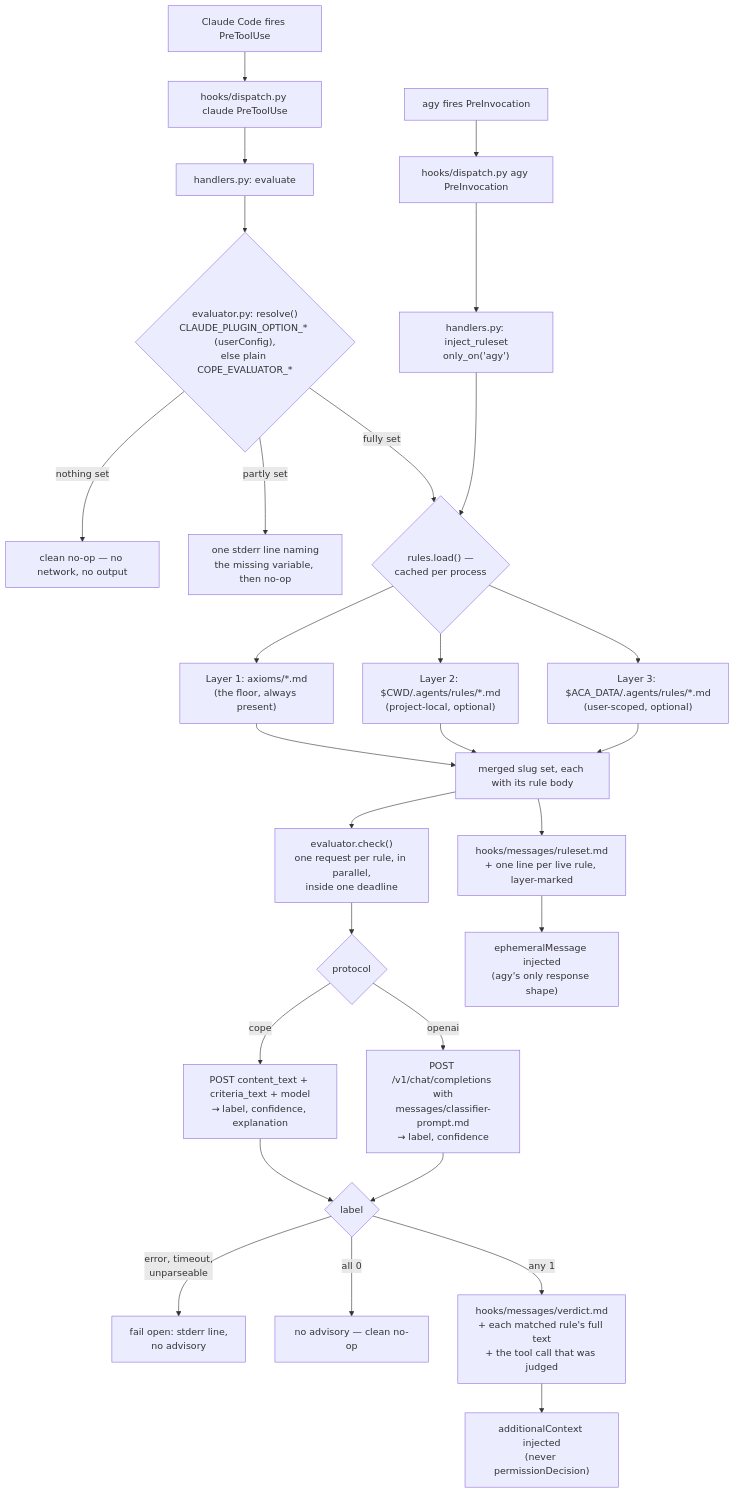
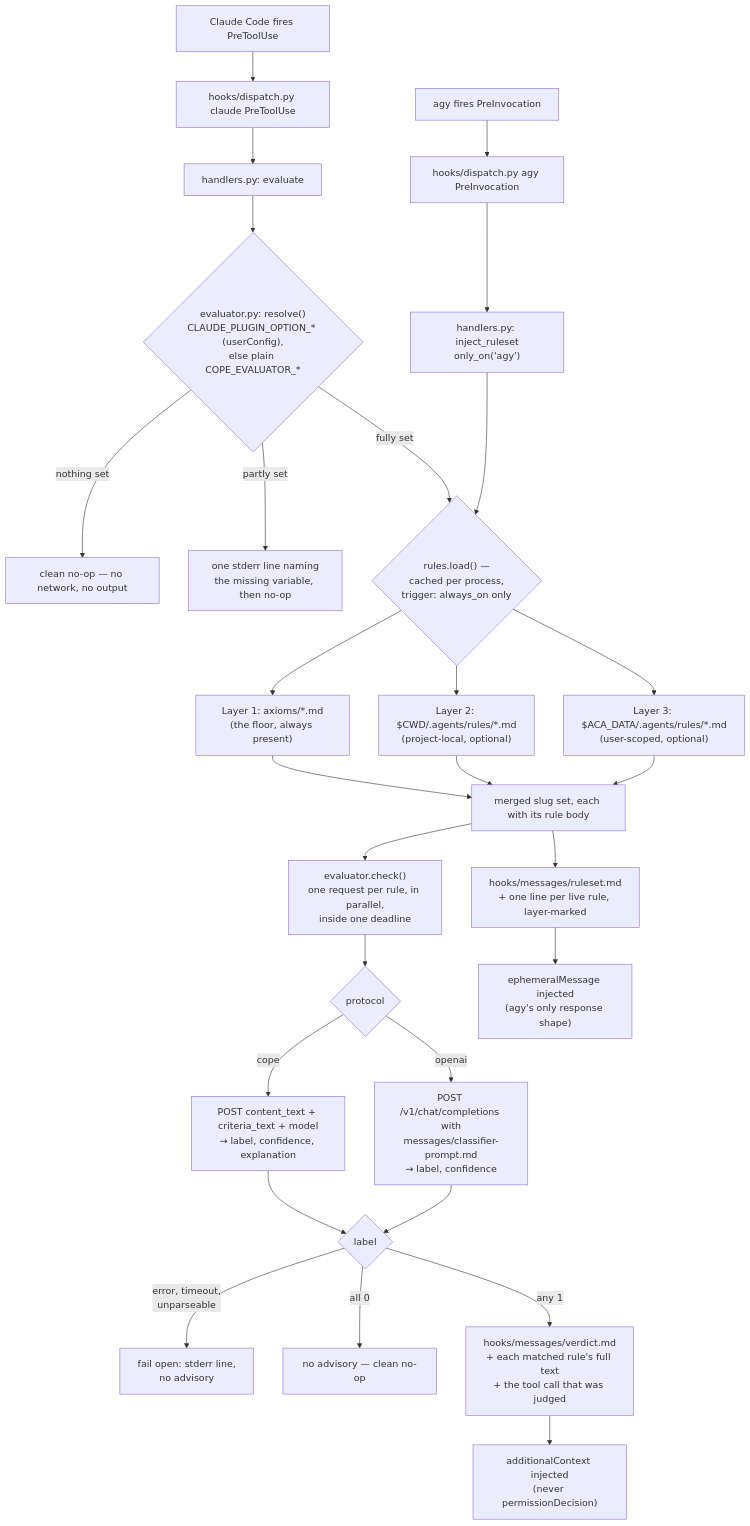
One commit to nicsuzor/academicOps changed the diagram in plugins/cope/README.md. Above: the diagram before and after it, drawn with Mermaid. The commit also changed other lines of this file and 5 other files, not shown here.

First line of the commit message:
cope: require trigger: always_on in every rule layer, not just axioms

````diff
--- a/plugins/cope/README.md
+++ b/plugins/cope/README.md
@@ -5,34 +5,34 @@
 ```mermaid
 flowchart TD
     A[Claude Code fires PreToolUse] --> B["hooks/dispatch.py claude PreToolUse"]
     A2[agy fires PreInvocation] --> B2["hooks/dispatch.py agy PreInvocation"]
     B --> C["handlers.py: evaluate"]
     B2 --> C2["handlers.py: inject_ruleset<br/>only_on('agy')"]
 
     C --> R{"evaluator.py: resolve()<br/>CLAUDE_PLUGIN_OPTION_* (userConfig),<br/>else plain COPE_EVALUATOR_*"}
     R -->|nothing set| R1[clean no-op — no network, no output]
     R -->|partly set| R2[one stderr line naming<br/>the missing variable, then no-op]
     R -->|fully set| D
 
     C2 --> D
-    D{"rules.load() —<br/>cached per process"} --> E1["Layer 1: axioms/*.md<br/>(the floor, always present)"]
+    D{"rules.load() —<br/>cached per process,<br/>trigger: always_on only"} --> E1["Layer 1: axioms/*.md<br/>(the floor, always present)"]
     D --> E2["Layer 2: $CWD/.agents/rules/*.md<br/>(project-local, optional)"]
     D --> E3["Layer 3: $ACA_DATA/.agents/rules/*.md<br/>(user-scoped, optional)"]
     E1 --> F[merged slug set, each with its rule body]
     E2 --> F
     E3 --> F
 
     F --> G["evaluator.check()<br/>one request per rule, in parallel,<br/>inside one deadline"]
     G --> H{"protocol"}
     H -->|cope| H1["POST content_text + criteria_text + model<br/>→ label, confidence, explanation"]
     H -->|openai| H2["POST /v1/chat/completions with<br/>messages/classifier-prompt.md<br/>→ label, confidence"]
     H1 --> I{label}
     H2 --> I
     I -->|error, timeout,<br/>unparseable| J["fail open: stderr line,<br/>no advisory"]
     I -->|all 0| K[no advisory — clean no-op]
     I -->|any 1| L["hooks/messages/verdict.md<br/>+ each matched rule's full text<br/>+ the tool call that was judged"]
     L --> M["additionalContext injected<br/>(never permissionDecision)"]
 
     F --> N["hooks/messages/ruleset.md<br/>+ one line per live rule, layer-marked"]
     N --> O["ephemeralMessage injected<br/>(agy's only response shape)"]
 ```
````
